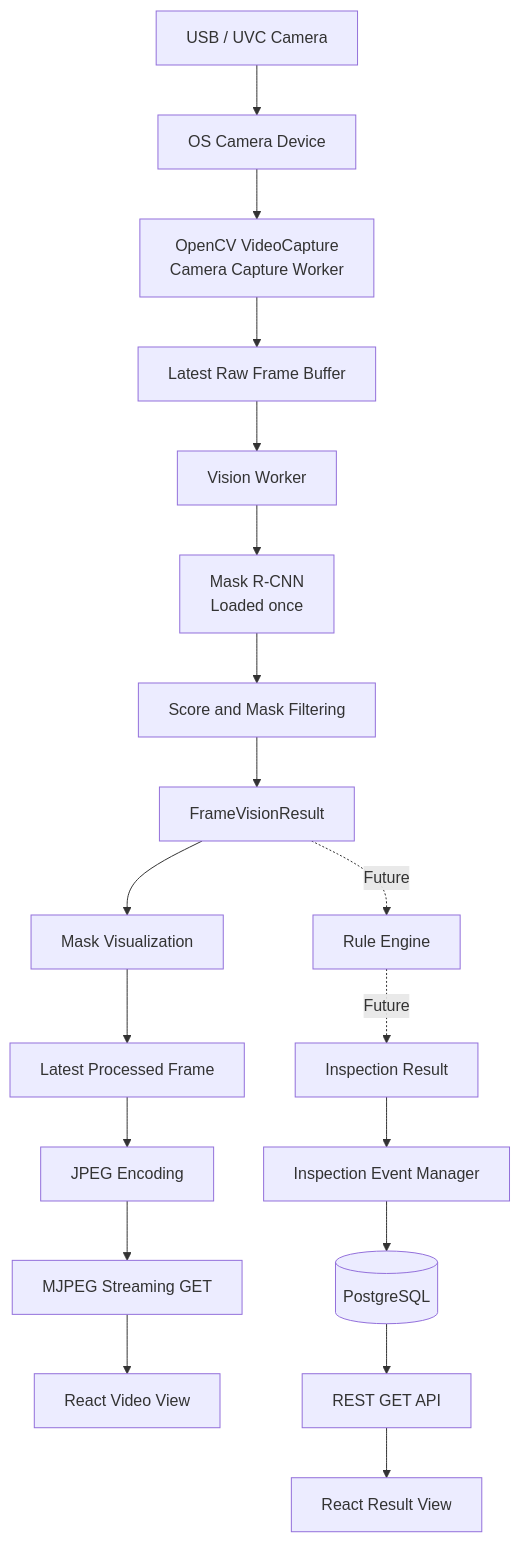
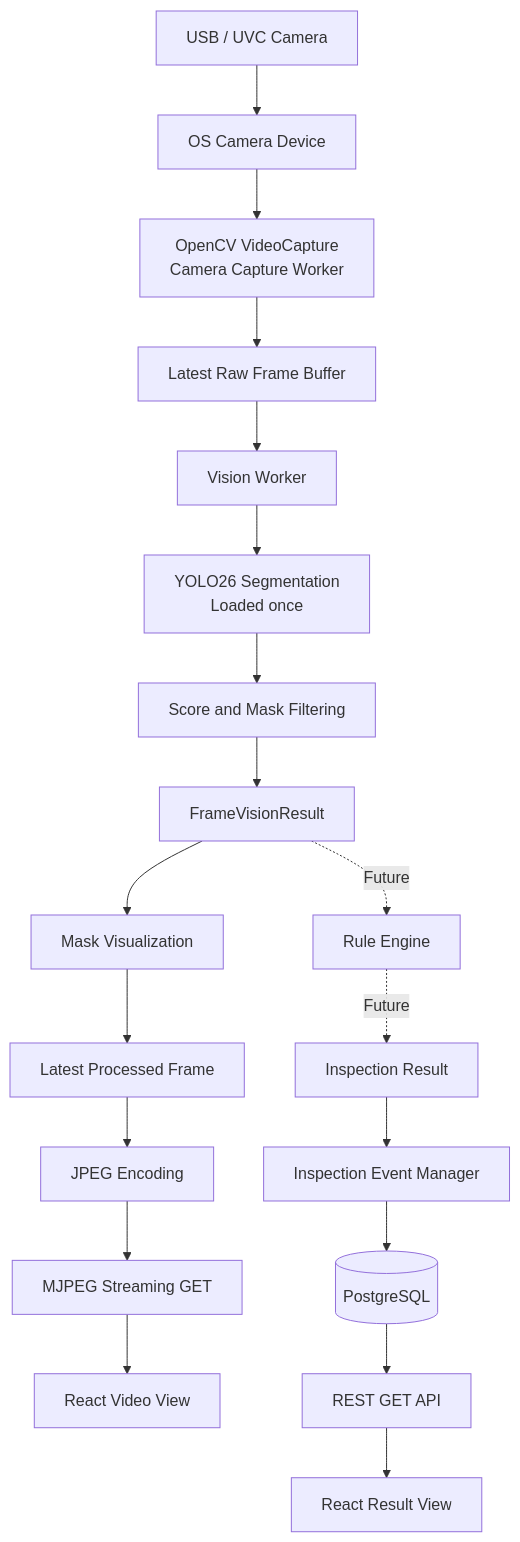
One commit to sungone/vision_final_project changed the first of 2 diagrams in docs/ARCHITECTURE.md. Above: the diagram before and after it, drawn with Mermaid. The commit also changed other lines of this file and 32 other files, not shown here.

````diff
--- a/docs/ARCHITECTURE.md
+++ b/docs/ARCHITECTURE.md
@@ -9,23 +9,23 @@
 ```mermaid
 flowchart TD
     CAMERA[USB / UVC Camera] --> DEVICE[OS Camera Device]
     DEVICE --> CAPTURE[OpenCV VideoCapture\nCamera Capture Worker]
     CAPTURE --> RAW[Latest Raw Frame Buffer]
     RAW --> WORKER[Vision Worker]
-    WORKER --> MODEL[Mask R-CNN\nLoaded once]
+    WORKER --> MODEL[YOLO26 Segmentation\nLoaded once]
     MODEL --> POST[Score and Mask Filtering]
     POST --> STRUCTURED[FrameVisionResult]
     STRUCTURED --> VIZ[Mask Visualization]
     VIZ --> FRAME[Latest Processed Frame]
     STRUCTURED -. Future .-> RULE[Rule Engine]
     RULE -. Future .-> RESULT[Inspection Result]
 
     FRAME --> JPEG[JPEG Encoding]
     JPEG --> MJPEG[MJPEG Streaming GET]
     MJPEG --> REACT1[React Video View]
 
     RESULT --> EVENT[Inspection Event Manager]
     EVENT --> DB[(PostgreSQL)]
     DB --> REST[REST GET API]
     REST --> REACT2[React Result View]
 ```
````
